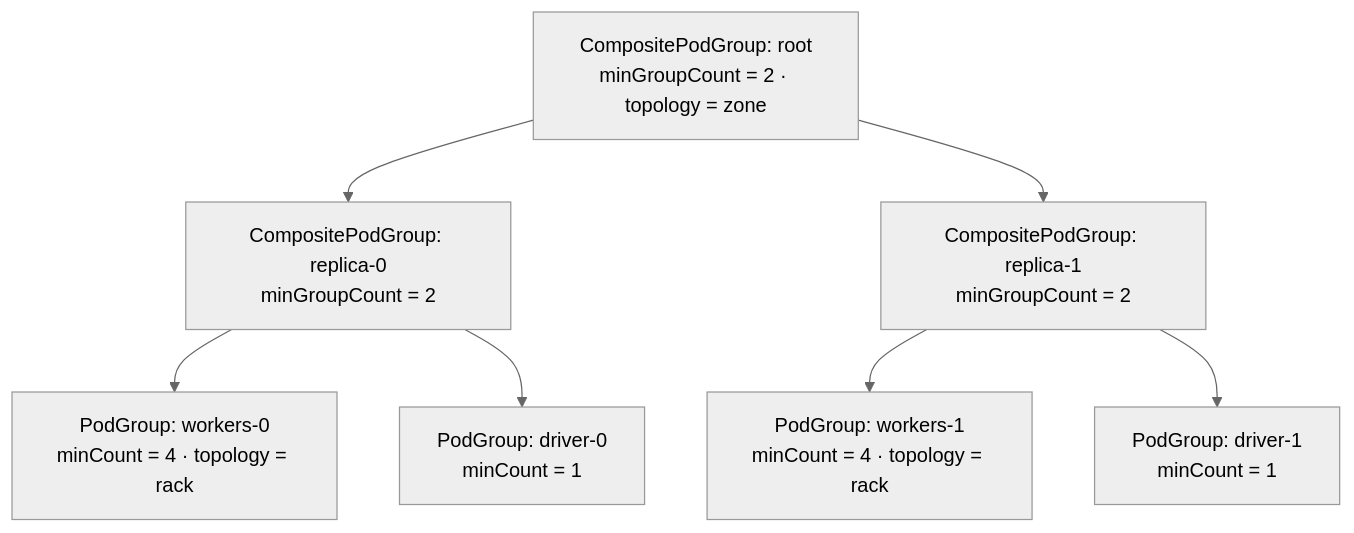
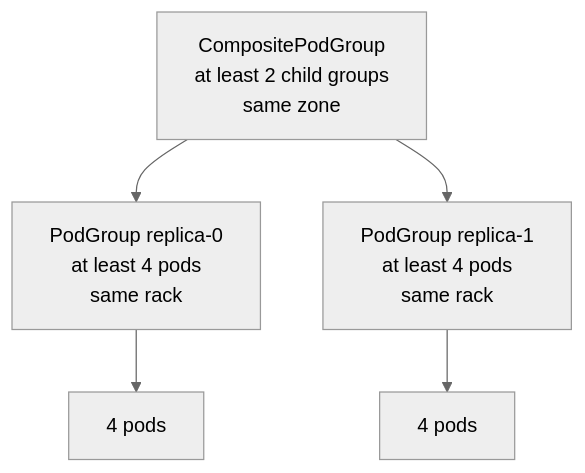
Before and after one commit to JesseStutler/volcano: the sixth of 13 diagrams in docs/research/k8s-workload-aware-scheduling-vs-volcano.md, drawn with Mermaid (neutral theme). The commit also changed other lines of this file and 1 other file, not shown here.

First line of the commit message:
docs: rewrite the upstream PodGroup comparison for readability

````diff
--- a/docs/research/k8s-workload-aware-scheduling-vs-volcano.md
+++ b/docs/research/k8s-workload-aware-scheduling-vs-volcano.md
@@ -299,17 +320,10 @@
 ```mermaid
 flowchart TD
-    Root["CompositePodGroup: root<br/>minGroupCount = 2 · topology = zone"]
-    R0["CompositePodGroup: replica-0<br/>minGroupCount = 2"]
-    R1["CompositePodGroup: replica-1<br/>minGroupCount = 2"]
-    W0["PodGroup: workers-0<br/>minCount = 4 · topology = rack"]
-    D0["PodGroup: driver-0<br/>minCount = 1"]
-    W1["PodGroup: workers-1<br/>minCount = 4 · topology = rack"]
-    D1["PodGroup: driver-1<br/>minCount = 1"]
-
+    Root["CompositePodGroup<br/>at least 2 child groups<br/>same zone"]
+    R0["PodGroup replica-0<br/>at least 4 pods<br/>same rack"]
+    R1["PodGroup replica-1<br/>at least 4 pods<br/>same rack"]
     Root --> R0
     Root --> R1
-    R0 --> W0
-    R0 --> D0
-    R1 --> W1
-    R1 --> D1
+    R0 --> P0["4 pods"]
+    R1 --> P1["4 pods"]
 ```
````
